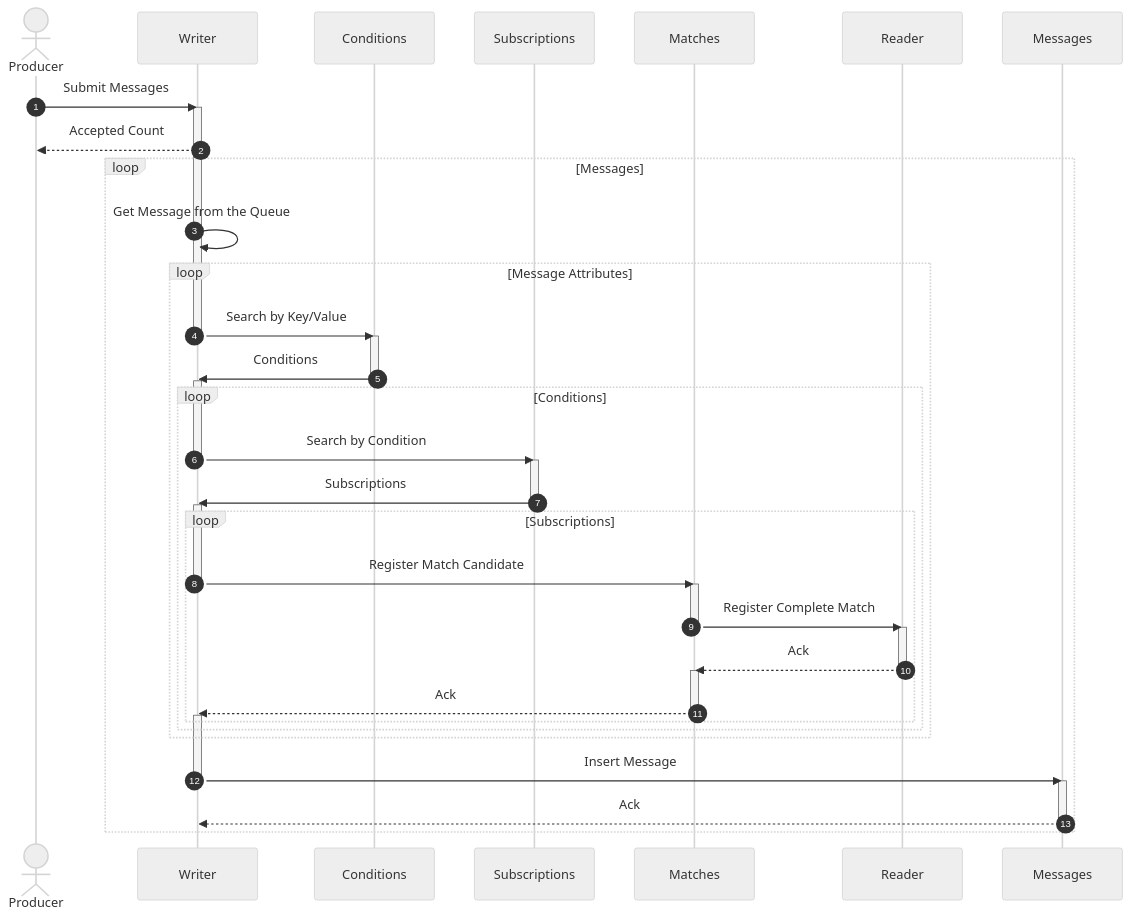
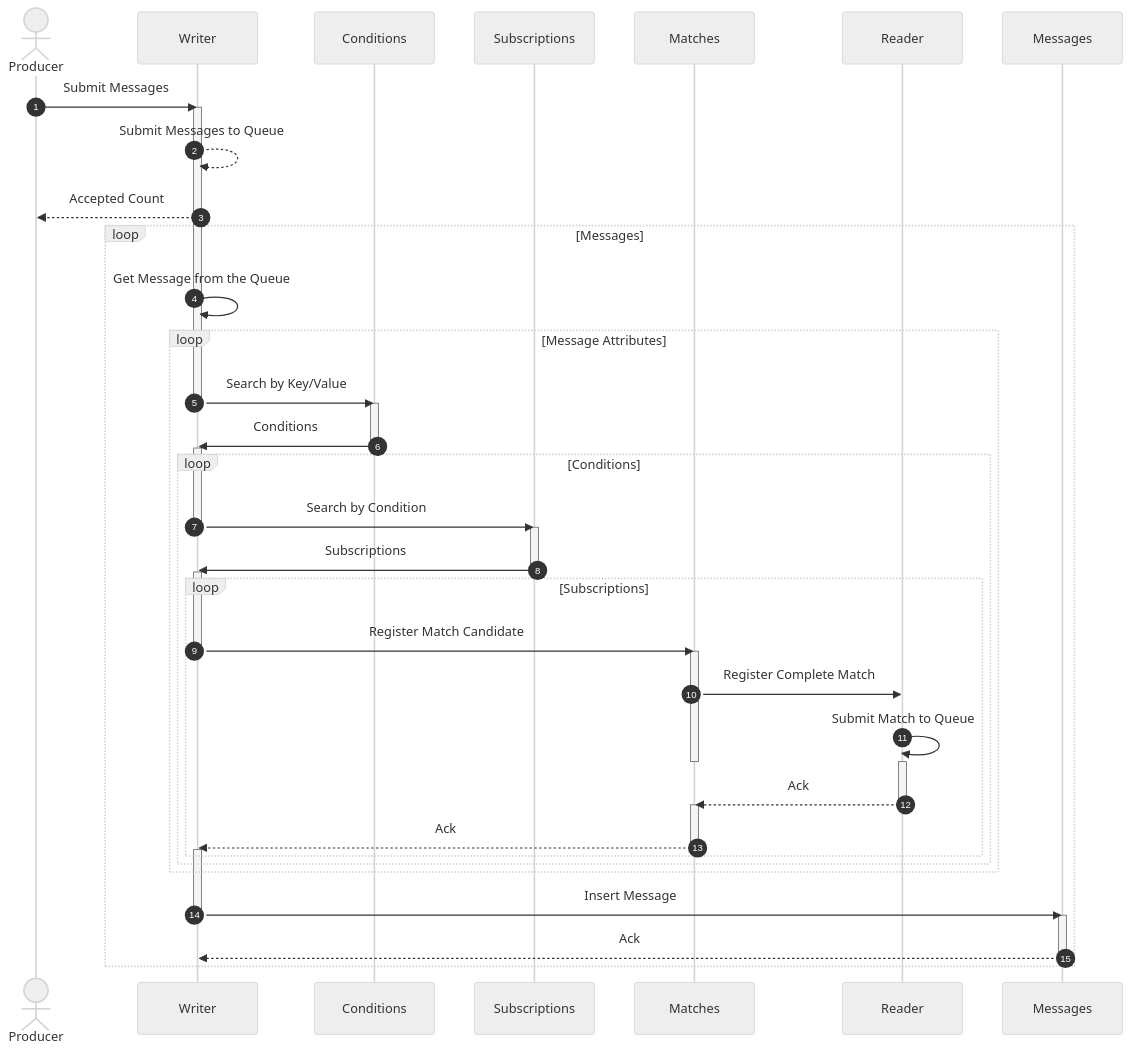
The first of 2 diagrams in profile/README.md (awakari/.github), drawn with Mermaid before and after one commit. The commit also changed other lines of this file, not shown here.

Commit message:
readme update

````diff
--- a/profile/README.md
+++ b/profile/README.md
@@ -121,76 +121,78 @@
 ```mermaid
 %%{init: {'theme': 'neutral' } }%%
 sequenceDiagram
 
     autonumber
 
     actor Producer
     participant Writer
     participant Conditions
     participant Subscriptions
     participant Matches
     participant Reader
     participant Messages
 
     Producer->>Writer: Submit Messages
     
     activate Writer
+    Writer-->>Writer: Submit Messages to Queue
     Writer-->>Producer: Accepted Count
     
     loop Messages
     
         Writer->>Writer: Get Message from the Queue
         
         loop Message Attributes
         
             Writer->>Conditions: Search by Key/Value
             deactivate Writer
             
             activate Conditions
             Conditions->>Writer: Conditions
             deactivate Conditions
             
             activate Writer
             loop Conditions
                 
                 Writer->>Subscriptions: Search by Condition
                 deactivate Writer
                 
                 activate Subscriptions
                 Subscriptions->>Writer: Subscriptions
                 deactivate Subscriptions
                 
                 activate Writer
                 loop Subscriptions
                     
                     Writer->>Matches: Register Match Candidate
                     deactivate Writer
                     
                     activate Matches
                     Matches->>Reader: Register Complete Match
+                    Reader->>Reader: Submit Match to Queue
                     deactivate Matches
                     
                     activate Reader
                     Reader-->>Matches: Ack
                     deactivate Reader
                     
                     activate Matches
                     Matches-->>Writer: Ack
                     deactivate Matches
                     
                     activate Writer
                     
                 end
             end
         end
         
         Writer->>Messages: Insert Message
         deactivate Writer
         
         activate Messages
         Messages-->>Writer: Ack
         deactivate Messages
         
         activate Writer
     end
 ```
````
